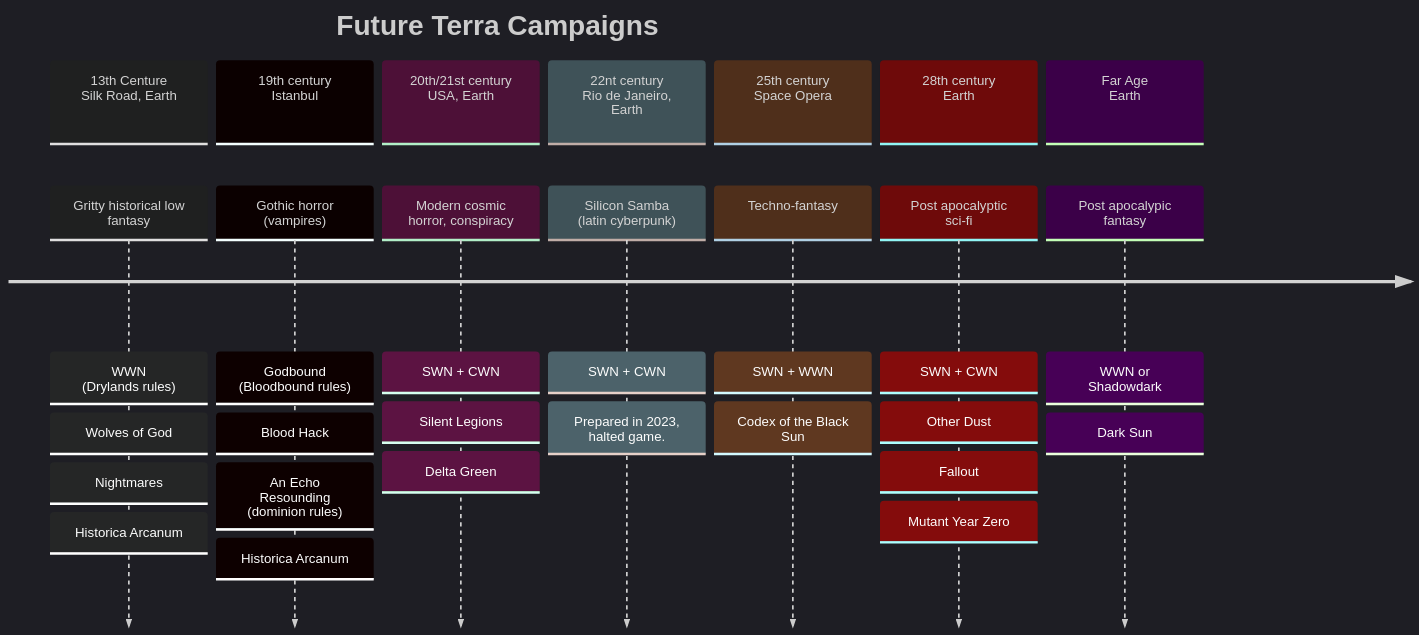
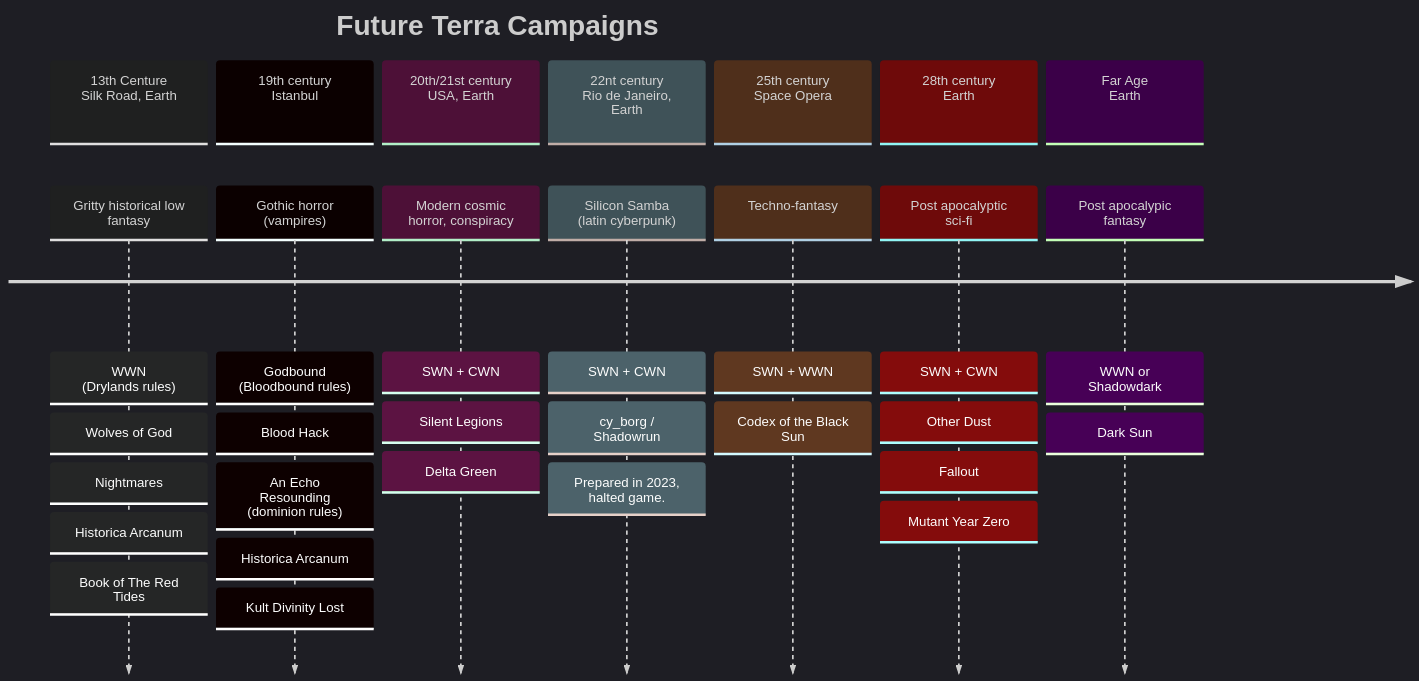
The second of 2 diagrams in README.md (efsalvarenga/arrival_pcs), drawn with Mermaid before and after one commit.

````diff
--- a/README.md
+++ b/README.md
@@ -21,40 +21,43 @@
 ```mermaid
 %%{init: { 'logLevel': 'debug', 'theme': 'dark' } }%%
 timeline
         title Future Terra Campaigns
         section 13th Centure <br> Silk Road, Earth
 	        Gritty historical low fantasy
 			: WWN <br> (Drylands rules)
 			: Wolves of God
 			: Nightmares
 			: Historica Arcanum
+			: Book of The Red Tides
 		section 19th century <br> Istanbul
 			Gothic horror <br> (vampires)
 			: Godbound <br> (Bloodbound rules)
 			: Blood Hack
 			: An Echo Resounding (dominion rules)
 			: Historica Arcanum
+			: Kult Divinity Lost
 		section 20th/21st century <br> USA, Earth
 			Modern cosmic horror, conspiracy
 			: SWN + CWN
 			: Silent Legions
 			: Delta Green
         section 22nt century <br> Rio de Janeiro, Earth
 	        Silicon Samba <br> (latin cyberpunk)
 			: SWN + CWN
+			: cy_borg / Shadowrun
 			: Prepared in 2023, halted game.
 		section 25th century <br> Space Opera
 			Techno-fantasy
 			: SWN + WWN
 			: Codex of the Black Sun
 		section 28th century <br> Earth
 			Post apocalyptic sci-fi
 			: SWN + CWN
 			: Other Dust
 			: Fallout
 			: Mutant Year Zero
 		section Far Age <br> Earth
 			Post apocalypic fantasy
 			: WWN or Shadowdark
 			: Dark Sun
 ```
````
